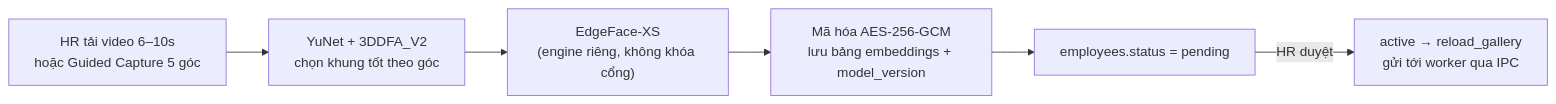
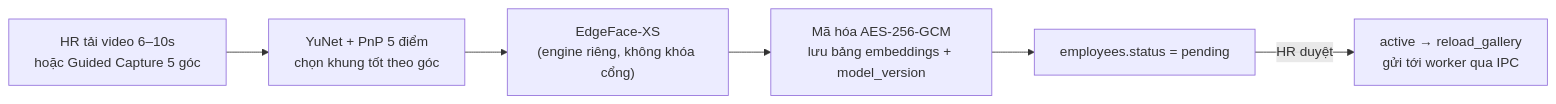
One commit to nhatnam201104/facegate changed the fourth of 4 diagrams in docs/KNOWLEDGE_GRAPH.md. Above: the diagram before and after it, drawn with Mermaid. The commit also changed other lines of this file and 12 other files, not shown here.

````diff
--- a/docs/KNOWLEDGE_GRAPH.md
+++ b/docs/KNOWLEDGE_GRAPH.md
@@ -185,8 +185,8 @@
 ```mermaid
 flowchart LR
-    A["HR tải video 6–10s<br/>hoặc Guided Capture 5 góc"] --> B["YuNet + 3DDFA_V2<br/>chọn khung tốt theo góc"]
+    A["HR tải video 6–10s<br/>hoặc Guided Capture 5 góc"] --> B["YuNet + PnP 5 điểm<br/>chọn khung tốt theo góc"]
     B --> C["EdgeFace-XS<br/>(engine riêng, không khóa cổng)"]
     C --> D["Mã hóa AES-256-GCM<br/>lưu bảng embeddings + model_version"]
     D --> E["employees.status = pending"]
     E -- "HR duyệt" --> F["active → reload_gallery<br/>gửi tới worker qua IPC"]
 ```
````
